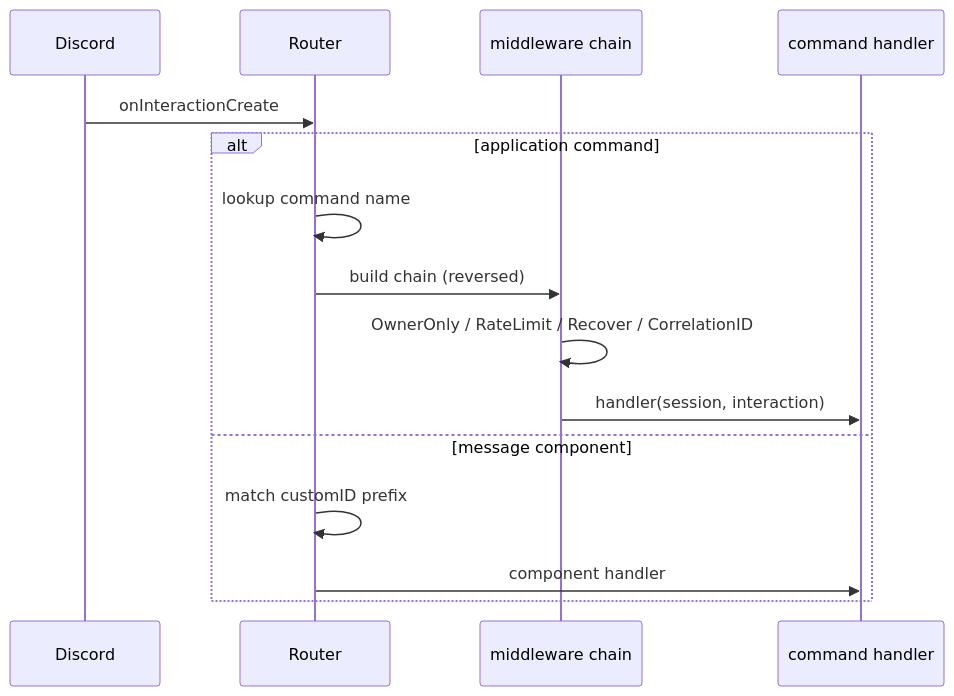
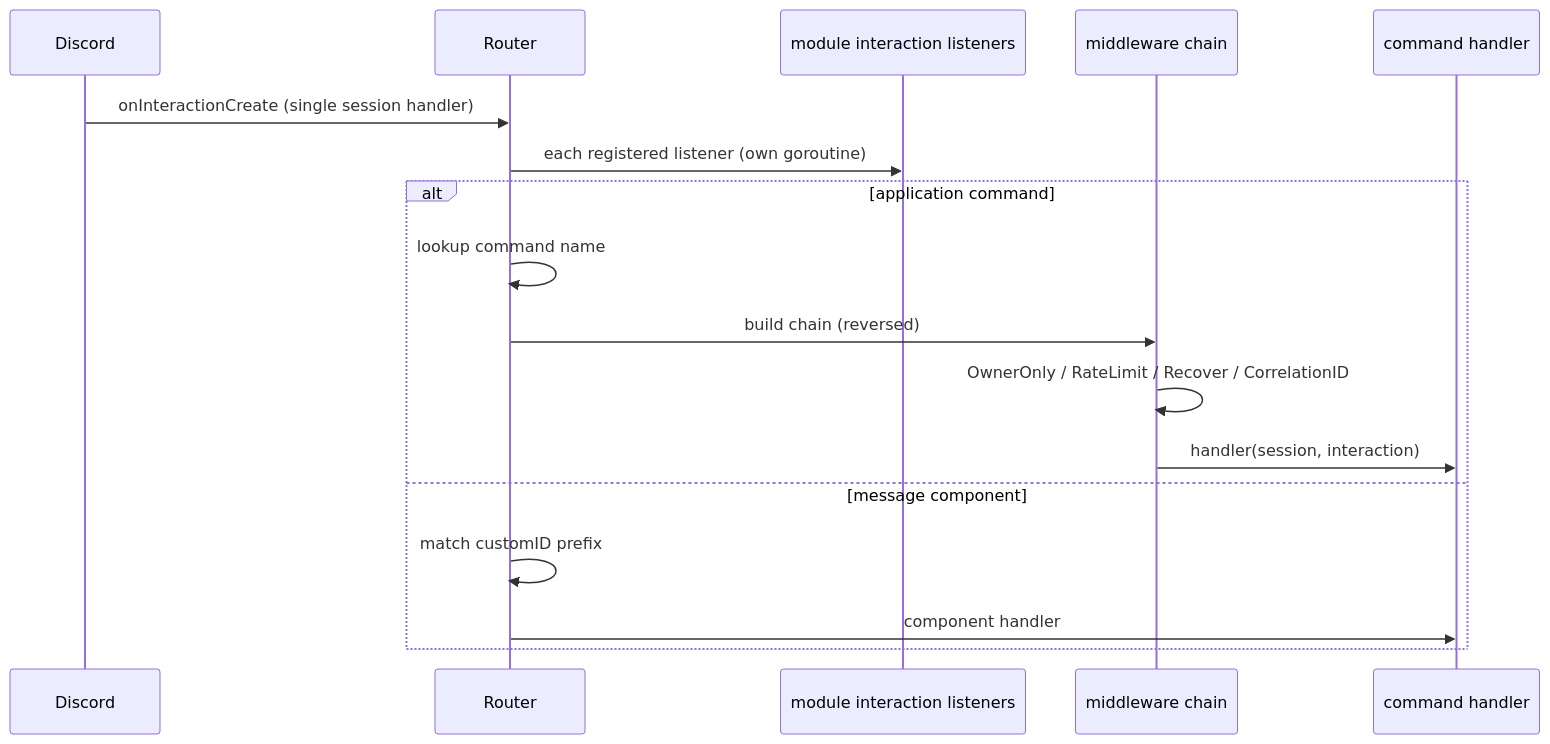
One commit to toksikk/gidbig changed the diagram in docs/modules/bot.md. Above: the diagram before and after it, drawn with Mermaid. The commit also changed other lines of this file and 4 other files, not shown here.

````diff
--- a/docs/modules/bot.md
+++ b/docs/modules/bot.md
@@ -14,18 +15,20 @@
 ```mermaid
 sequenceDiagram
     participant D as Discord
     participant R as Router
+    participant L as module interaction listeners
     participant MW as middleware chain
     participant H as command handler
 
-    D->>R: onInteractionCreate
+    D->>R: onInteractionCreate (single session handler)
+    R->>L: each registered listener (own goroutine)
     alt application command
         R->>R: lookup command name
         R->>MW: build chain (reversed)
         MW->>MW: OwnerOnly / RateLimit / Recover / CorrelationID
         MW->>H: handler(session, interaction)
     else message component
         R->>R: match customID prefix
         R->>H: component handler
     end
 ```
````
